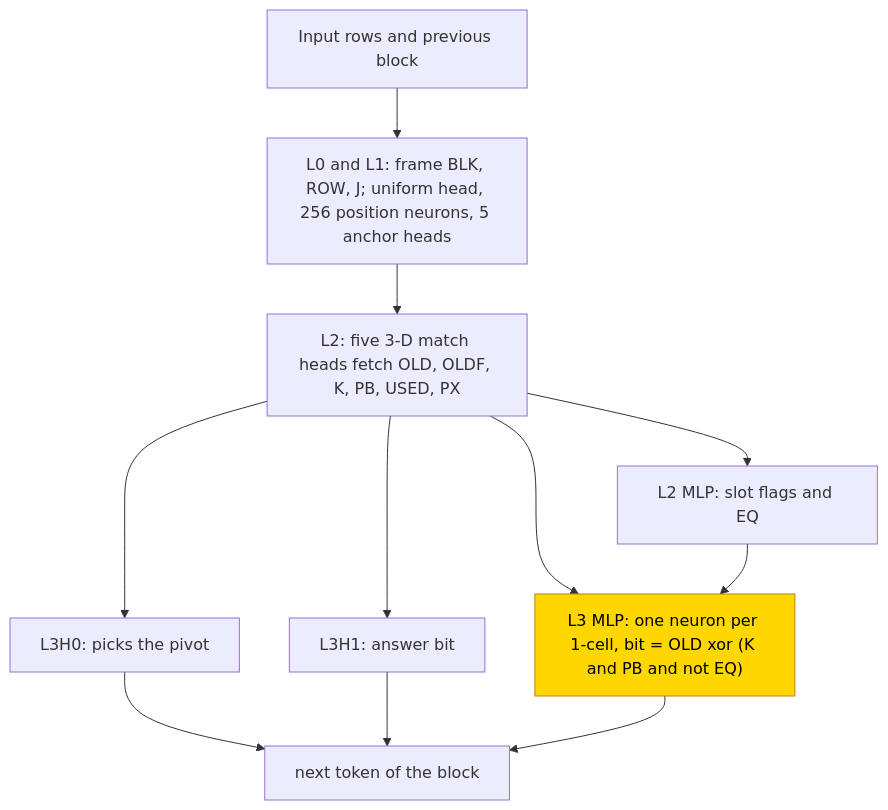
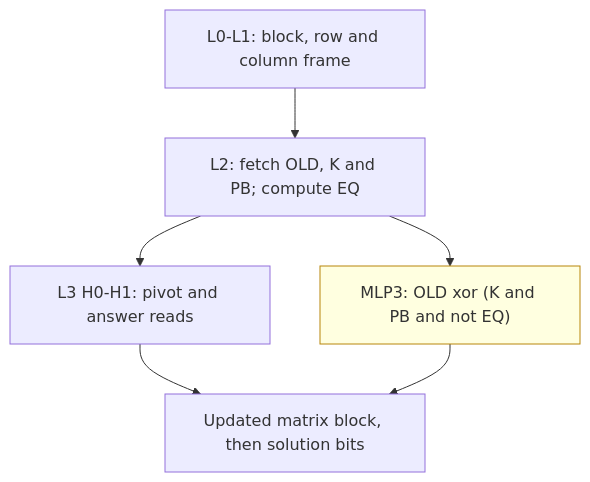
One commit to jc1122/mechanistic-interpretability-circuit-atlas changed the first of 2 diagrams in entries/gf2-elimination.md. Above: the diagram before and after it, drawn with Mermaid. The commit also changed other lines of this file and 54 other files, not shown here.

````diff
--- a/entries/gf2-elimination.md
+++ b/entries/gf2-elimination.md
@@ -88,15 +61,10 @@
 ```mermaid
 flowchart TD
-    P["Input rows and previous block"] --> FR["L0 and L1: frame BLK, ROW, J; uniform head, 256 position neurons, 5 anchor heads"]
-    FR --> L2["L2: five 3-D match heads fetch OLD, OLDF, K, PB, USED, PX"]
-    L2 --> F2["L2 MLP: slot flags and EQ"]
-    L2 --> H0["L3H0: picks the pivot"]
-    L2 --> H1["L3H1: answer bit"]
-    L2 --> M3["L3 MLP: one neuron per 1-cell, bit = OLD xor (K and PB and not EQ)"]
-    F2 --> M3
-    H0 --> Y["next token of the block"]
-    H1 --> Y
-    M3 --> Y
-    classDef trained fill:gold,stroke:darkgoldenrod,color:black
-    class M3 trained
+  A["L0-L1: block, row and column frame"] --> B["L2: fetch OLD, K and PB; compute EQ"]
+  B --> C["L3 H0-H1: pivot and answer reads"]
+  B --> D["MLP3: OLD xor (K and PB and not EQ)"]
+  C --> E["Updated matrix block, then solution bits"]
+  D --> E
+  classDef trained fill:lightyellow,stroke:darkgoldenrod
+  class D trained
 ```
````
